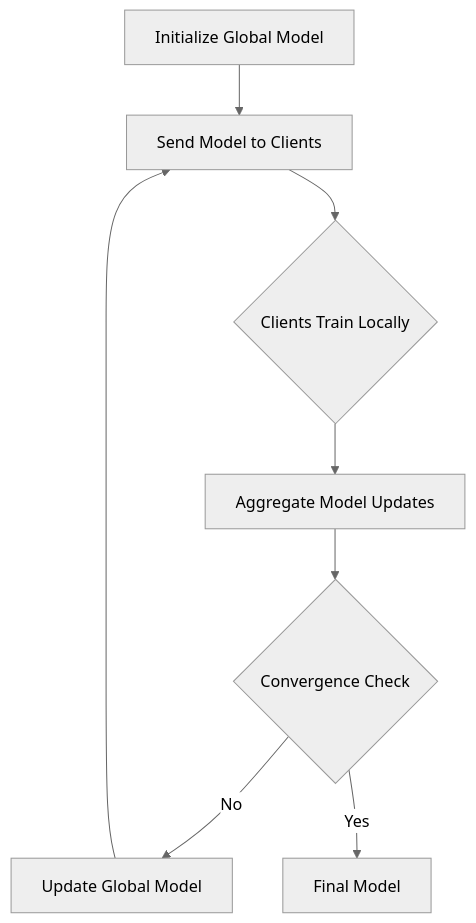
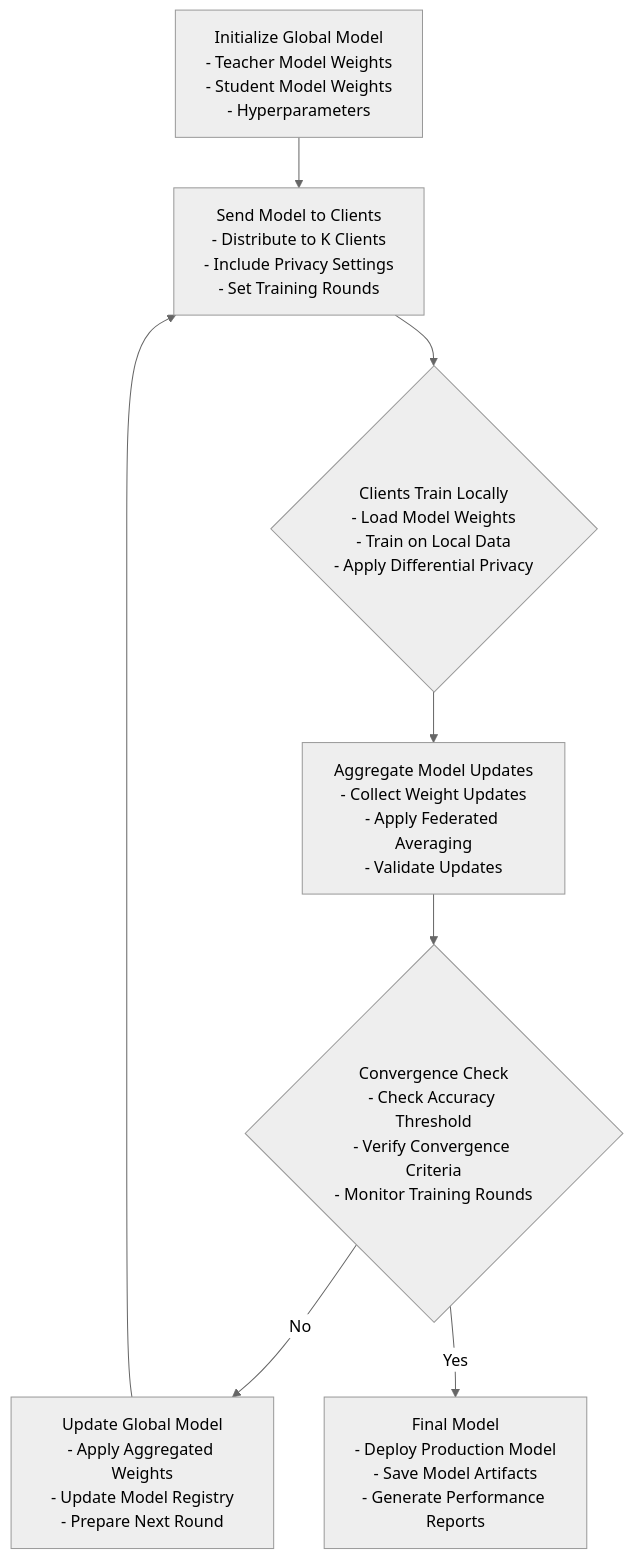
Before and after one commit to prathameshatkare/Final_Cystic_fibrosis_project: the second of 17 diagrams in DIAGRAMS.md, drawn with Mermaid (neutral theme). The commit also changed other lines of this file, not shown here.

Commit message:
diagrams

````diff
--- a/DIAGRAMS.md
+++ b/DIAGRAMS.md
@@ -35,10 +39,10 @@
 ```mermaid
 graph TD
-    A[Initialize Global Model] --> B[Send Model to Clients]
-    B --> C{Clients Train Locally}
-    C --> D[Aggregate Model Updates]
-    D --> E{Convergence Check}
-    E -->|No| F[Update Global Model]
+    A[Initialize Global Model<br/>- Teacher Model Weights<br/>- Student Model Weights<br/>- Hyperparameters] --> B[Send Model to Clients<br/>- Distribute to K Clients<br/>- Include Privacy Settings<br/>- Set Training Rounds]
+    B --> C{Clients Train Locally<br/>- Load Model Weights<br/>- Train on Local Data<br/>- Apply Differential Privacy}
+    C --> D[Aggregate Model Updates<br/>- Collect Weight Updates<br/>- Apply Federated Averaging<br/>- Validate Updates]
+    D --> E{Convergence Check<br/>- Check Accuracy Threshold<br/>- Verify Convergence Criteria<br/>- Monitor Training Rounds}
+    E -->|No| F[Update Global Model<br/>- Apply Aggregated Weights<br/>- Update Model Registry<br/>- Prepare Next Round]
     F --> B
-    E -->|Yes| G[Final Model]
+    E -->|Yes| G[Final Model<br/>- Deploy Production Model<br/>- Save Model Artifacts<br/>- Generate Performance Reports]
 ```
````
